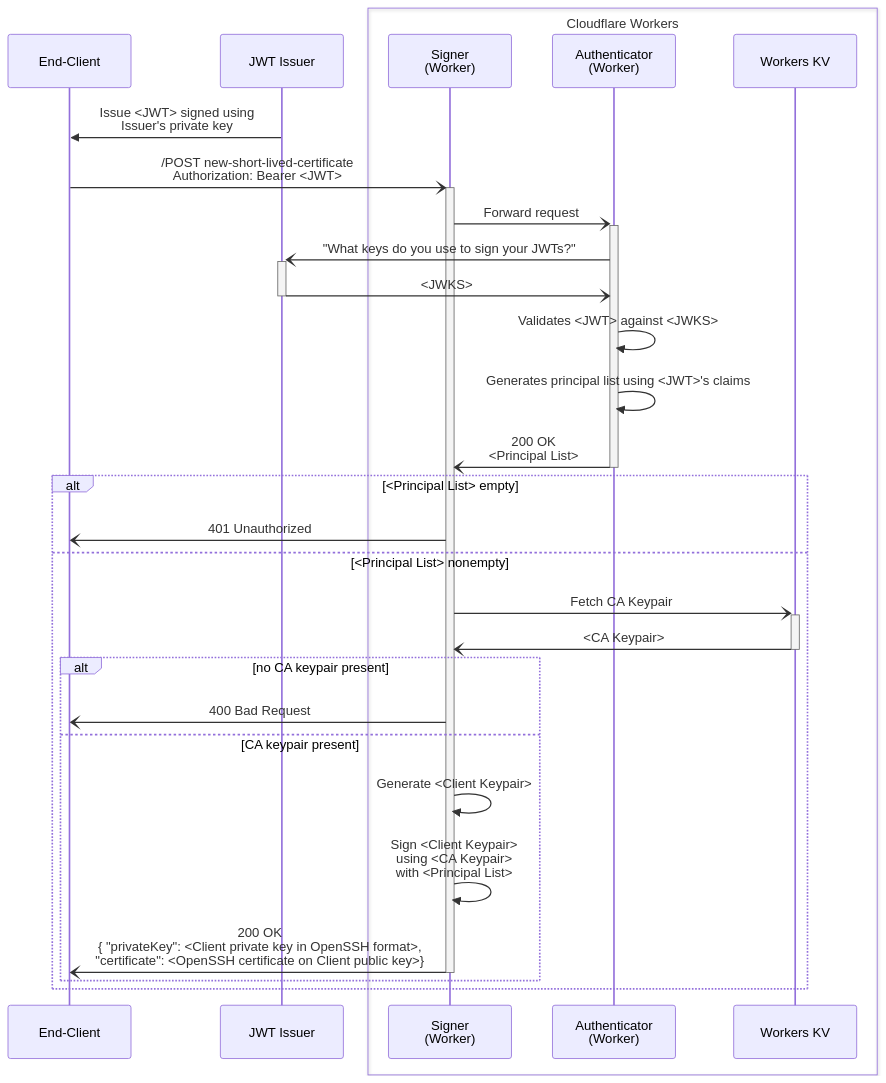
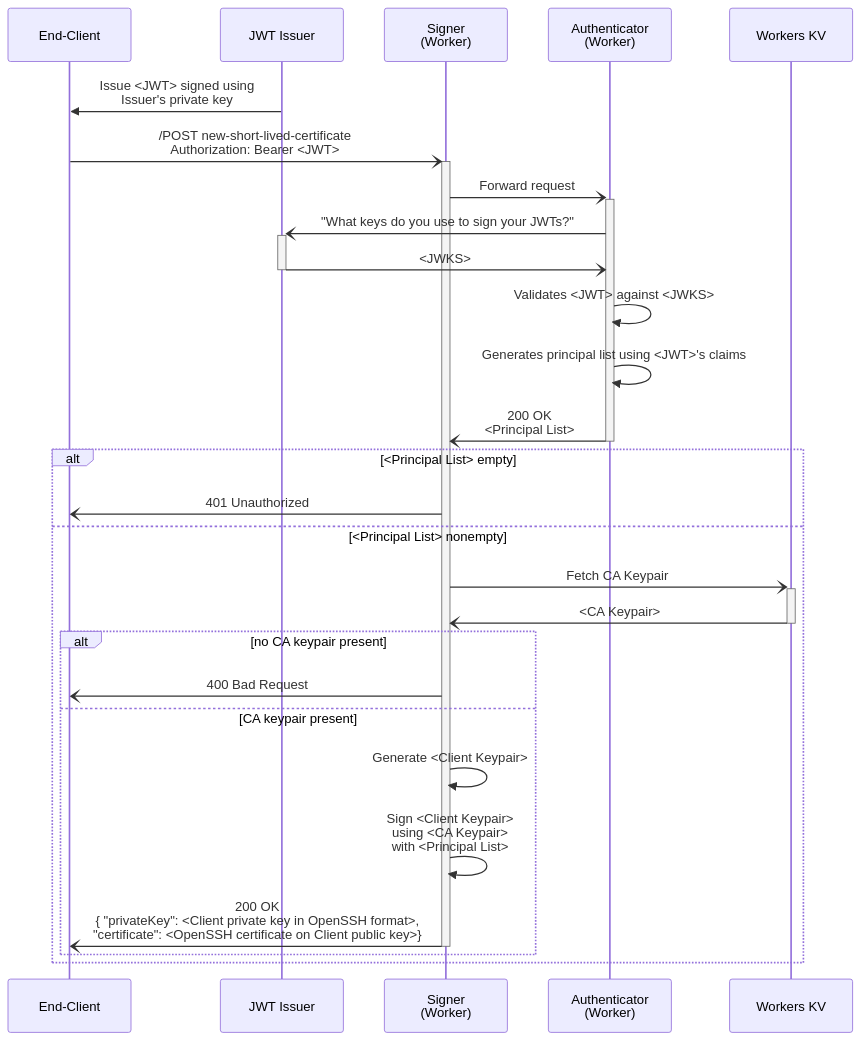
One commit to kory33/cf-worker-as-openssh-ca changed the second of 2 diagrams in README.md. Above: the diagram before and after it, drawn with Mermaid. The commit also changed other lines of this file, not shown here.

Commit message:
fix: no boxes in mermaid diagrams :cry:

````diff
--- a/README.md
+++ b/README.md
@@ -36,35 +34,33 @@
 ```mermaid
 sequenceDiagram
     participant EC as End-Client
     participant JI as JWT Issuer
 
-    box Cloudflare Workers
-        participant S as Signer<br>(Worker)
-        participant A as Authenticator<br>(Worker)
-        participant WKV as Workers KV
-    end
+    participant S as Signer<br>(Worker)
+    participant A as Authenticator<br>(Worker)
+    participant WKV as Workers KV
 
     JI->>EC: Issue <JWT> signed using <br> Issuer's private key
 
     EC-)+S: /POST new-short-lived-certificate <br> Authorization: Bearer <JWT>
         S-)+A: Forward request
             A-)+JI: "What keys do you use to sign your JWTs?"
             JI-)-A: <JWKS>
             A->>A: Validates <JWT> against <JWKS>
             A->>A: Generates principal list using <JWT>'s claims
         A-)-S: 200 OK<br><Principal List>
 
         alt <Principal List> empty
             S-)EC: 401 Unauthorized
         else <Principal List> nonempty
             S-)+WKV: Fetch CA Keypair
             WKV-)-S: <CA Keypair>
             alt no CA keypair present
                 S-)EC: 400 Bad Request
             else CA keypair present
                 S->>S: Generate <Client Keypair>
                 S->>S: Sign <Client Keypair> <br> using <CA Keypair> <br> with <Principal List>
                 S-)-EC: 200 OK<br>{ "privateKey": <Client private key in OpenSSH format>,<br>"certificate": <OpenSSH certificate on Client public key>}
             end
         end
 ```
````
